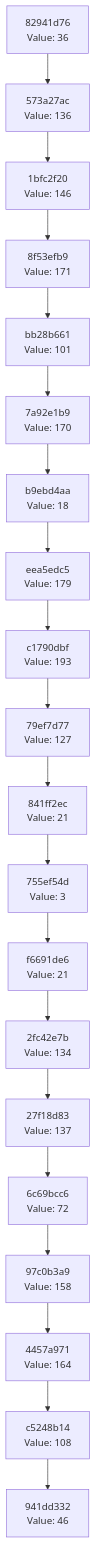
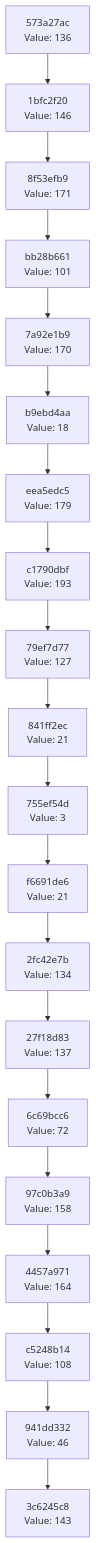
The diagram in docs/CHAIN_VISUALIZATION.md (Abhisheksinha1506/hash-chain-evolver), drawn with Mermaid before and after one commit. The commit also changed 2 other files, not shown here.

Commit message:
Evolution step: hash 0x8F → action executed

````diff
--- a/docs/CHAIN_VISUALIZATION.md
+++ b/docs/CHAIN_VISUALIZATION.md
@@ -3,42 +3,42 @@
 ```mermaid
 graph TD
-    C0["941dd332<br/>Value: 46"]
-    C1["c5248b14<br/>Value: 108"]
+    C0["3c6245c8<br/>Value: 143"]
+    C1["941dd332<br/>Value: 46"]
     C1 --> C0
-    C2["4457a971<br/>Value: 164"]
+    C2["c5248b14<br/>Value: 108"]
     C2 --> C1
-    C3["97c0b3a9<br/>Value: 158"]
+    C3["4457a971<br/>Value: 164"]
     C3 --> C2
-    C4["6c69bcc6<br/>Value: 72"]
+    C4["97c0b3a9<br/>Value: 158"]
     C4 --> C3
-    C5["27f18d83<br/>Value: 137"]
+    C5["6c69bcc6<br/>Value: 72"]
     C5 --> C4
-    C6["2fc42e7b<br/>Value: 134"]
+    C6["27f18d83<br/>Value: 137"]
     C6 --> C5
-    C7["f6691de6<br/>Value: 21"]
+    C7["2fc42e7b<br/>Value: 134"]
     C7 --> C6
-    C8["755ef54d<br/>Value: 3"]
+    C8["f6691de6<br/>Value: 21"]
     C8 --> C7
-    C9["841ff2ec<br/>Value: 21"]
+    C9["755ef54d<br/>Value: 3"]
     C9 --> C8
-    C10["79ef7d77<br/>Value: 127"]
+    C10["841ff2ec<br/>Value: 21"]
     C10 --> C9
-    C11["c1790dbf<br/>Value: 193"]
+    C11["79ef7d77<br/>Value: 127"]
     C11 --> C10
-    C12["eea5edc5<br/>Value: 179"]
+    C12["c1790dbf<br/>Value: 193"]
     C12 --> C11
-    C13["b9ebd4aa<br/>Value: 18"]
+    C13["eea5edc5<br/>Value: 179"]
     C13 --> C12
-    C14["7a92e1b9<br/>Value: 170"]
+    C14["b9ebd4aa<br/>Value: 18"]
     C14 --> C13
-    C15["bb28b661<br/>Value: 101"]
+    C15["7a92e1b9<br/>Value: 170"]
     C15 --> C14
-    C16["8f53efb9<br/>Value: 171"]
+    C16["bb28b661<br/>Value: 101"]
     C16 --> C15
-    C17["1bfc2f20<br/>Value: 146"]
+    C17["8f53efb9<br/>Value: 171"]
     C17 --> C16
-    C18["573a27ac<br/>Value: 136"]
+    C18["1bfc2f20<br/>Value: 146"]
     C18 --> C17
-    C19["82941d76<br/>Value: 36"]
+    C19["573a27ac<br/>Value: 136"]
     C19 --> C18
 ```
````
